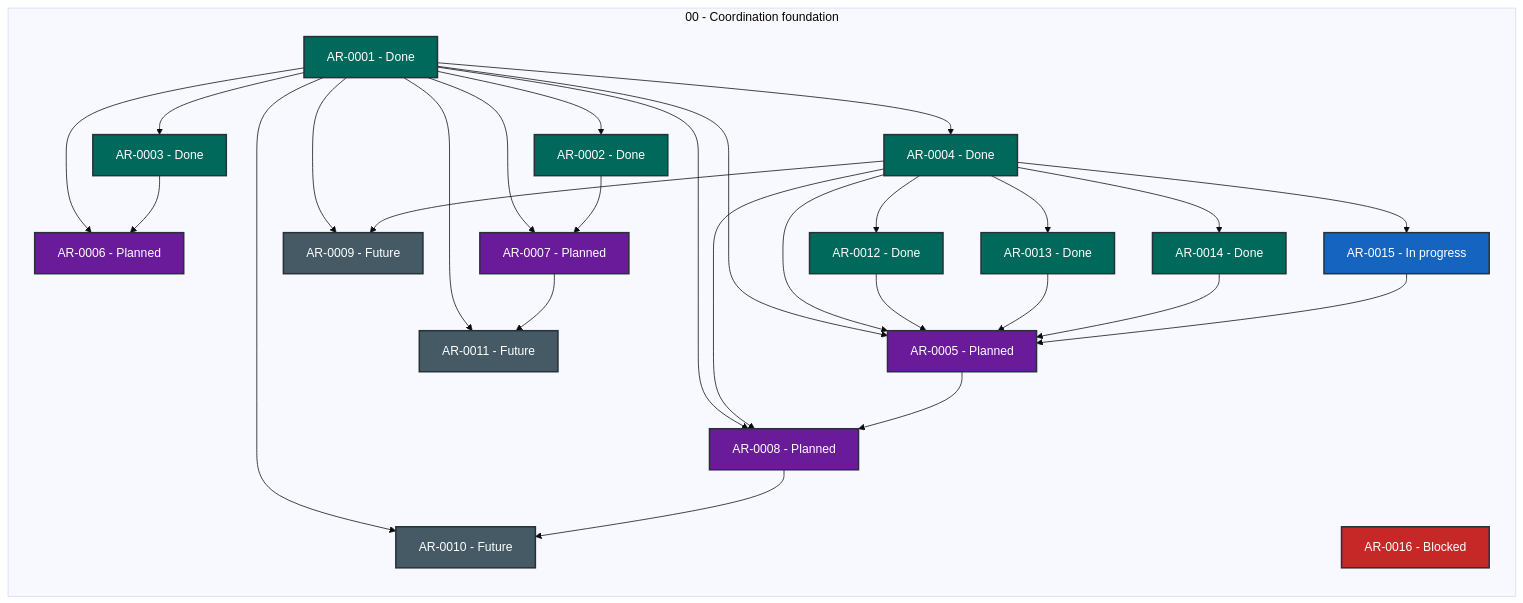
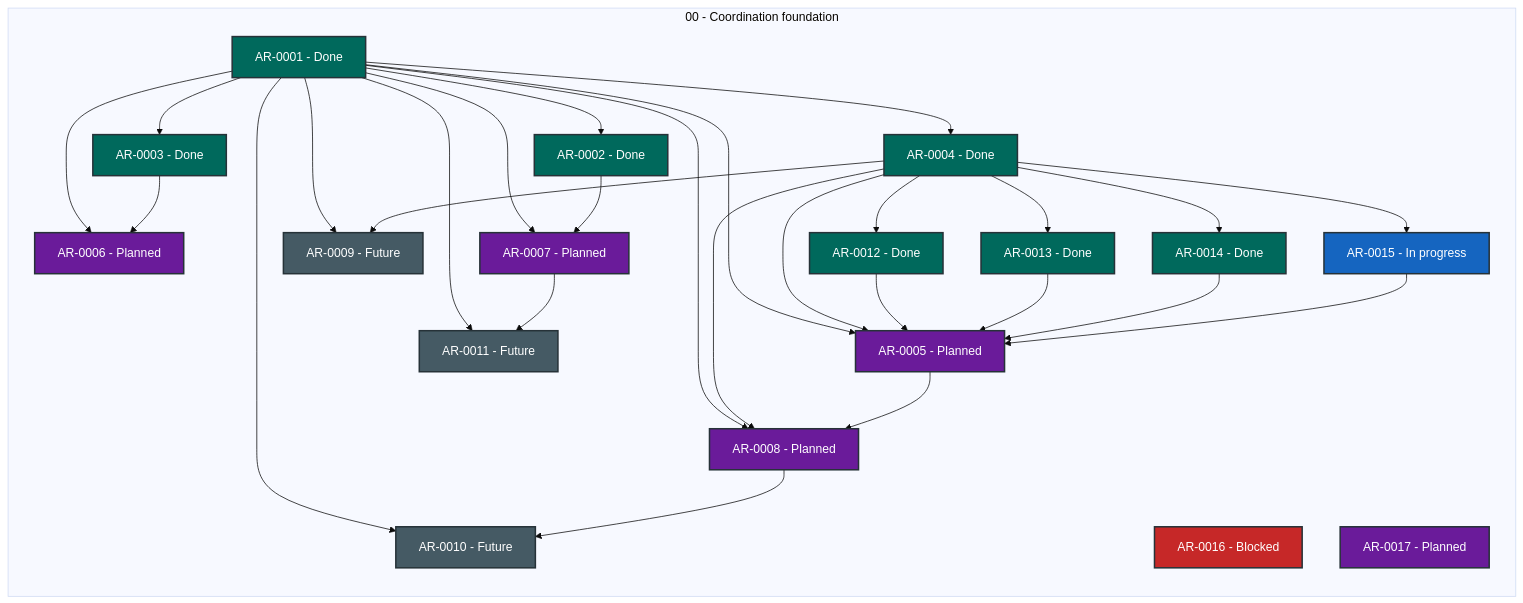
One commit to martin-beck/agent-workflow-quality-state changed the diagram in STATUS.md. Above: the diagram before and after it, drawn with Mermaid (base theme). The commit also changed other lines of this file and 1 other file, not shown here.

````diff
--- a/STATUS.md
+++ b/STATUS.md
@@ -27,56 +27,57 @@
 ```mermaid
 flowchart LR
     subgraph series_00["00 - Coordination foundation"]
         direction TB
         AR_0001["AR-0001 - Done"]:::status_done
         AR_0002["AR-0002 - Done"]:::status_done
         AR_0003["AR-0003 - Done"]:::status_done
         AR_0004["AR-0004 - Done"]:::status_done
         AR_0005["AR-0005 - Planned"]:::status_planned
         AR_0006["AR-0006 - Planned"]:::status_planned
         AR_0007["AR-0007 - Planned"]:::status_planned
         AR_0008["AR-0008 - Planned"]:::status_planned
         AR_0009["AR-0009 - Future"]:::status_future
         AR_0010["AR-0010 - Future"]:::status_future
         AR_0011["AR-0011 - Future"]:::status_future
         AR_0012["AR-0012 - Done"]:::status_done
         AR_0013["AR-0013 - Done"]:::status_done
         AR_0014["AR-0014 - Done"]:::status_done
         AR_0015["AR-0015 - In progress"]:::status_in_progress
         AR_0016["AR-0016 - Blocked"]:::status_blocked
+        AR_0017["AR-0017 - Planned"]:::status_planned
     end
     AR_0001 --> AR_0002
     AR_0001 --> AR_0003
     AR_0001 --> AR_0004
     AR_0001 --> AR_0005
     AR_0001 --> AR_0006
     AR_0001 --> AR_0007
     AR_0001 --> AR_0008
     AR_0001 --> AR_0009
     AR_0001 --> AR_0010
     AR_0001 --> AR_0011
     AR_0002 --> AR_0007
     AR_0003 --> AR_0006
     AR_0004 --> AR_0005
     AR_0004 --> AR_0008
     AR_0004 --> AR_0009
     AR_0004 --> AR_0012
     AR_0004 --> AR_0013
     AR_0004 --> AR_0014
     AR_0004 --> AR_0015
     AR_0005 --> AR_0008
     AR_0007 --> AR_0011
     AR_0008 --> AR_0010
     AR_0012 --> AR_0005
     AR_0013 --> AR_0005
     AR_0014 --> AR_0005
     AR_0015 --> AR_0005
     classDef status_in_progress fill:#1565c0,color:#ffffff,stroke:#263238,stroke-width:2px
     classDef status_open fill:#2e7d32,color:#ffffff,stroke:#263238,stroke-width:2px
     classDef status_blocked fill:#c62828,color:#ffffff,stroke:#263238,stroke-width:2px
     classDef status_planned fill:#6a1b9a,color:#ffffff,stroke:#263238,stroke-width:2px
     classDef status_future fill:#455a64,color:#ffffff,stroke:#263238,stroke-width:2px
     classDef status_done fill:#00695c,color:#ffffff,stroke:#263238,stroke-width:2px
     classDef status_cancelled fill:#616161,color:#ffffff,stroke:#263238,stroke-width:2px
     classDef status_superseded fill:#5d4037,color:#ffffff,stroke:#263238,stroke-width:2px
 ```
````
